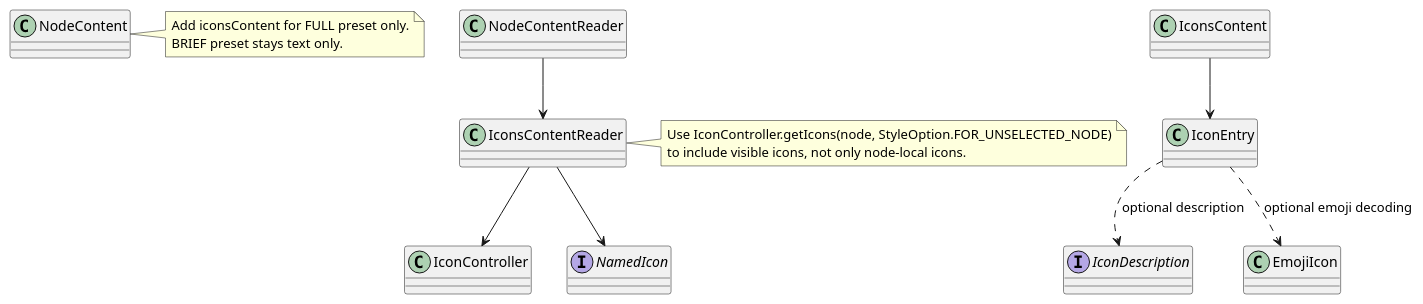
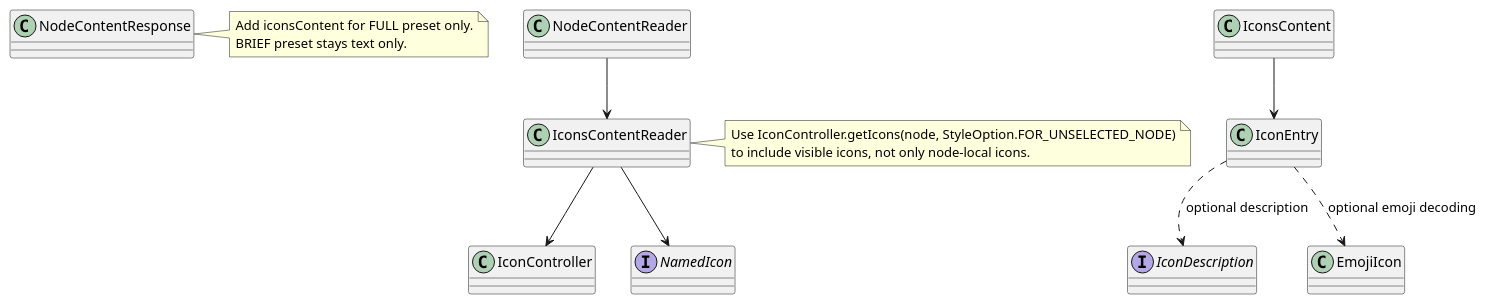
One commit to guoranjun2/nexordia changed the third of 3 diagrams in freeplane_plugin_ai/specs/tasks/finished/011-add-selection-identifiers-tool.md. Above: the diagram before and after it, drawn with PlantUML. The commit also changed 47 other files, not shown here.

````diff
--- a/freeplane_plugin_ai/specs/tasks/finished/011-add-selection-identifiers-tool.md
+++ b/freeplane_plugin_ai/specs/tasks/finished/011-add-selection-identifiers-tool.md
@@ -56,30 +56,30 @@
 ```plantuml
 @startuml
-class NodeContent
+class NodeContentResponse
 class IconsContent
 class IconEntry
 class IconsContentReader
 class IconController
 interface NamedIcon
 interface IconDescription
 class EmojiIcon
 class NodeContentReader
 
 NodeContentReader --> IconsContentReader
 IconsContentReader --> IconController
 IconsContentReader --> NamedIcon
 IconsContent --> IconEntry
 IconEntry ..> EmojiIcon : optional emoji decoding
 IconEntry ..> IconDescription : optional description
 
-note right of NodeContent
+note right of NodeContentResponse
 Add iconsContent for FULL preset only.
 BRIEF preset stays text only.
 end note
 
 note right of IconsContentReader
 Use IconController.getIcons(node, StyleOption.FOR_UNSELECTED_NODE)
 to include visible icons, not only node-local icons.
 end note
 @enduml
 ```
````
